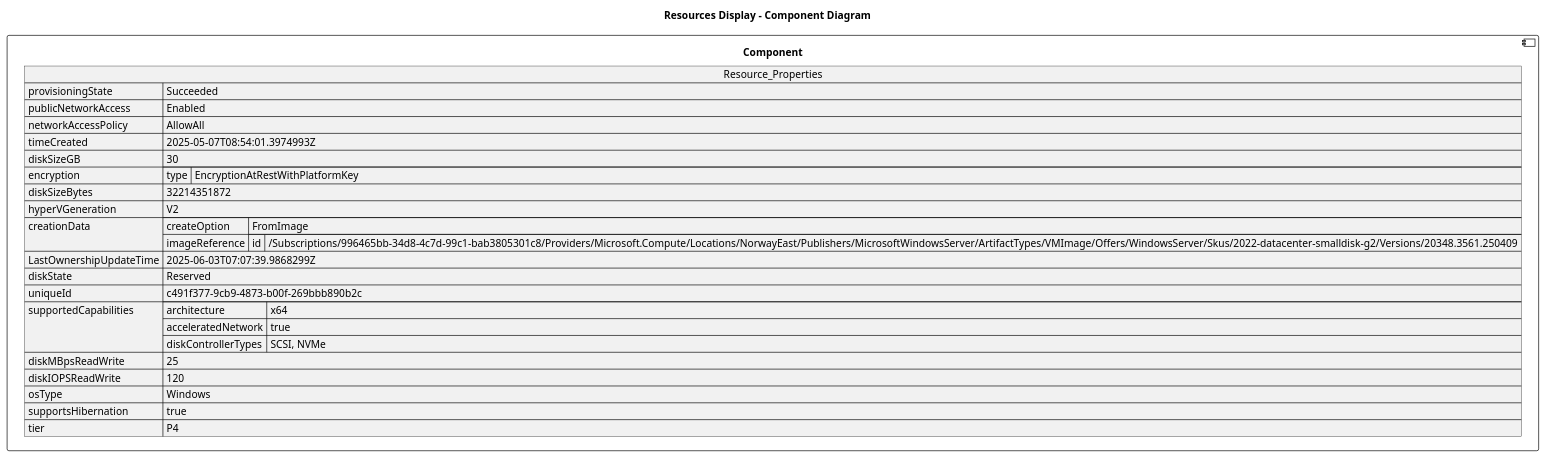
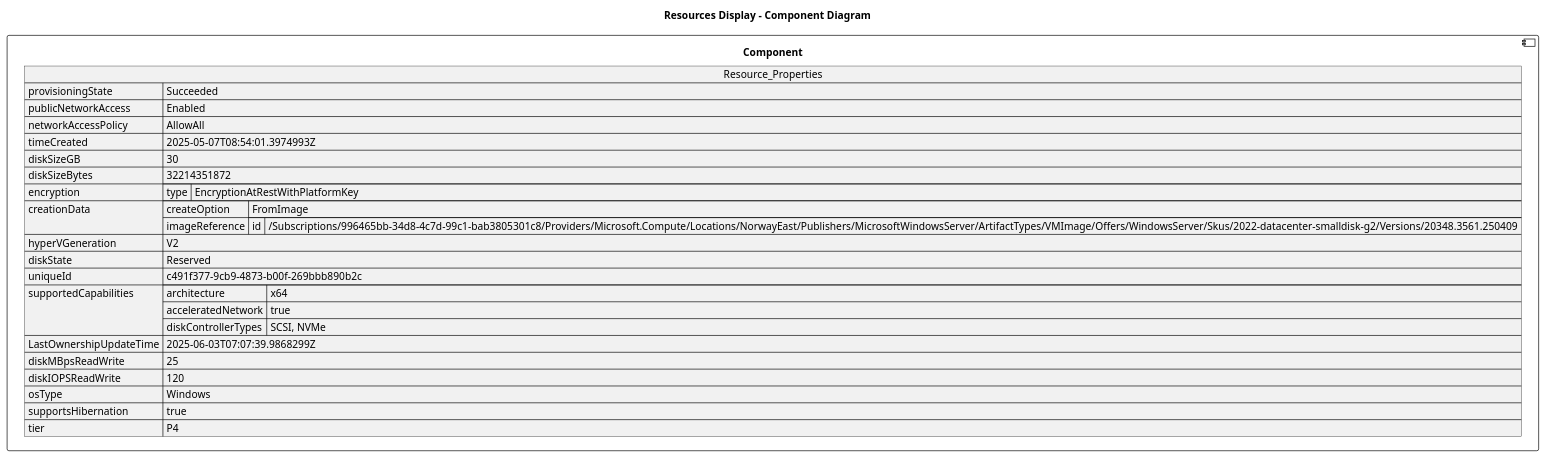
One commit to DanielAmpong/Test-Azure-architecture-diagram changed the diagram in architectureDesign/PUML/rg-bjornjorgen_Resources/bjsScaleset1_bf585774_OsDisk_1_c491f3779cb94873b00f269bbb890b2c.puml. Above: the diagram before and after it, drawn with PlantUML. The commit also changed other lines of this file and 762 other files, not shown here.

```diff
--- a/architectureDesign/PUML/rg-bjornjorgen_Resources/bjsScaleset1_bf585774_OsDisk_1_c491f3779cb94873b00f269bbb890b2c.puml
+++ b/architectureDesign/PUML/rg-bjornjorgen_Resources/bjsScaleset1_bf585774_OsDisk_1_c491f3779cb94873b00f269bbb890b2c.puml
@@ -1,39 +1,39 @@
 @startuml
 
 title Resources Display - Component Diagram
 
 component Component {
 
 json  Resource_Properties {
   "provisioningState": "Succeeded",
   "publicNetworkAccess": "Enabled",
   "networkAccessPolicy": "AllowAll",
   "timeCreated": "2025-05-07T08:54:01.3974993Z",
   "diskSizeGB": 30,
+  "diskSizeBytes": 32214351872,
   "encryption": {
     "type": "EncryptionAtRestWithPlatformKey"
   },
-  "diskSizeBytes": 32214351872,
-  "hyperVGeneration": "V2",
   "creationData": {
     "createOption": "FromImage",
     "imageReference": {
       "id": "/Subscriptions/996465bb-34d8-4c7d-99c1-bab3805301c8/Providers/Microsoft.Compute/Locations/NorwayEast/Publishers/MicrosoftWindowsServer/ArtifactTypes/VMImage/Offers/WindowsServer/Skus/2022-datacenter-smalldisk-g2/Versions/20348.3561.250409"
     }
   },
-  "LastOwnershipUpdateTime": "2025-06-03T07:07:39.9868299Z",
+  "hyperVGeneration": "V2",
   "diskState": "Reserved",
   "uniqueId": "c491f377-9cb9-4873-b00f-269bbb890b2c",
   "supportedCapabilities": {
     "architecture": "x64",
     "acceleratedNetwork": true,
     "diskControllerTypes": "SCSI, NVMe"
   },
+  "LastOwnershipUpdateTime": "2025-06-03T07:07:39.9868299Z",
   "diskMBpsReadWrite": 25,
   "diskIOPSReadWrite": 120,
   "osType": "Windows",
   "supportsHibernation": true,
   "tier": "P4"
 }
 }
 @enduml
```
